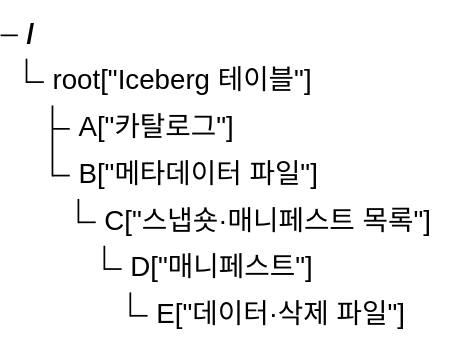
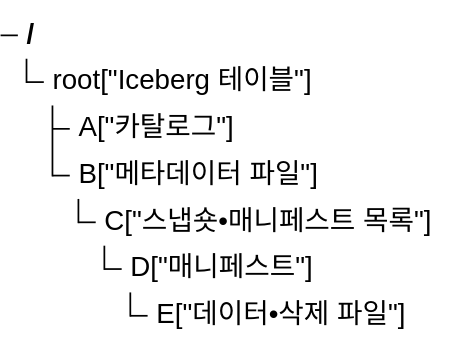
The first of 2 diagrams in src/content/docs/notes/03-software/128_apache_iceberg.md (agnusdei1207/knowledge-base), drawn with Mermaid (neutral theme) before and after one commit. The commit also changed other lines of this file and 953 other files, not shown here.

````diff
--- a/src/content/docs/notes/03-software/128_apache_iceberg.md
+++ b/src/content/docs/notes/03-software/128_apache_iceberg.md
@@ -69,9 +69,9 @@
 ```mermaid
 treeView-beta
     root["Iceberg 테이블"]
         A["카탈로그"]
         B["메타데이터 파일"]
-            C["스냅숏·매니페스트 목록"]
+            C["스냅숏•매니페스트 목록"]
                 D["매니페스트"]
-                    E["데이터·삭제 파일"]
+                    E["데이터•삭제 파일"]
 ```
````
